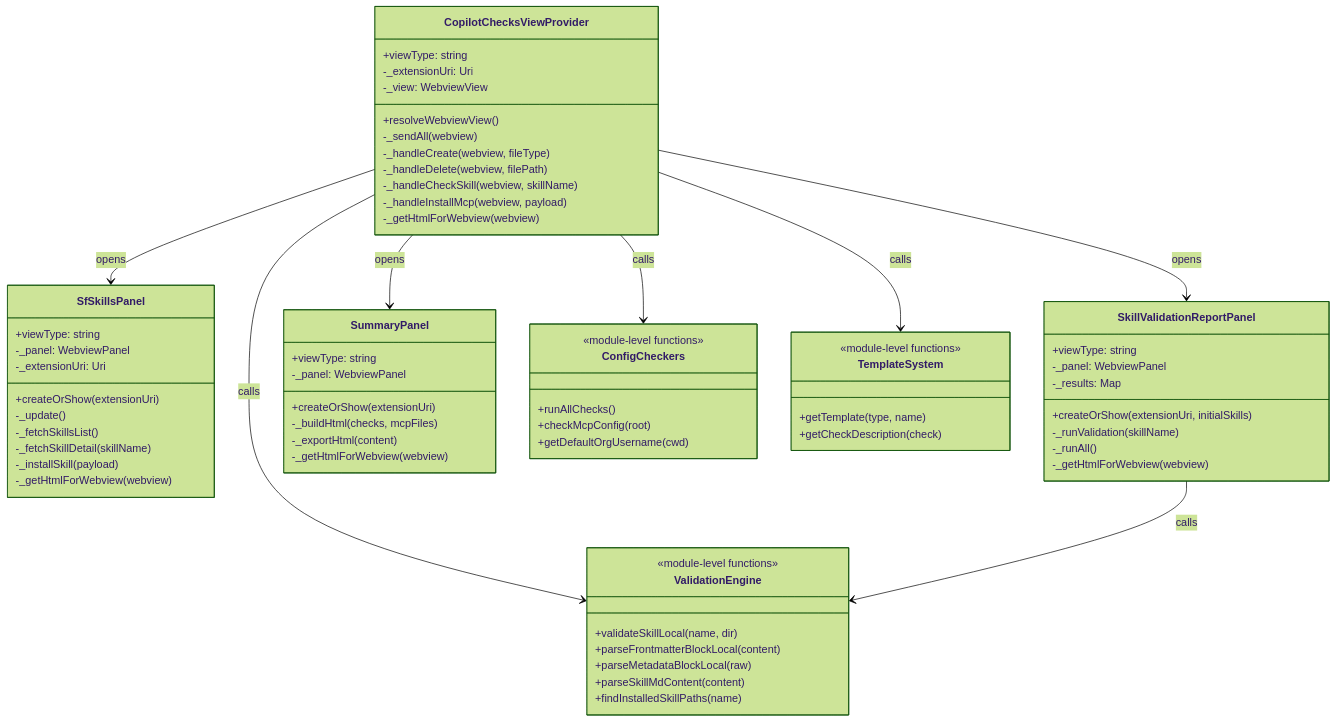
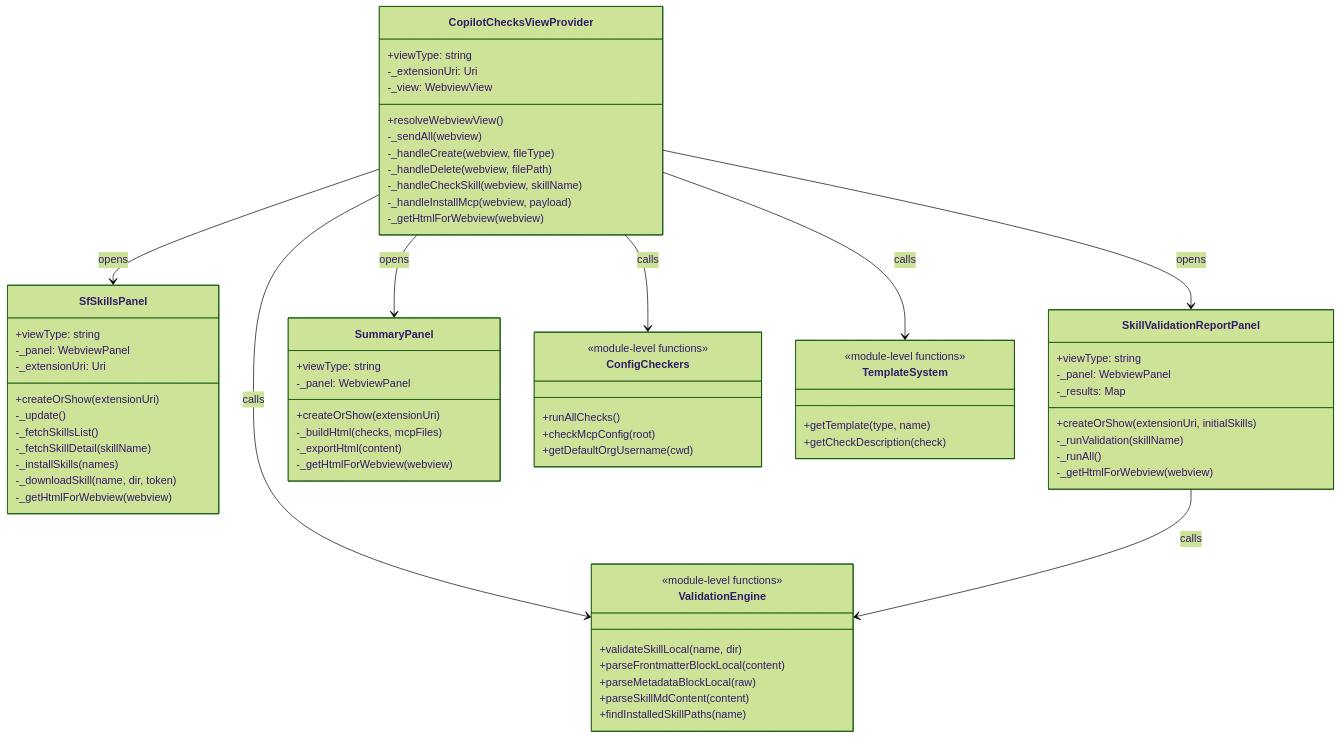
Before and after one commit to alcabon/salesforce-copilot-inspector: the third of 13 diagrams in SOFTWARE_ARCHITECTURE.md, drawn with Mermaid (forest theme). The commit also changed other lines of this file and 6 other files, not shown here.

First line of the commit message:
version 0.3.0 — Skill Usage Monitor, category help, skill install fixes

````diff
--- a/SOFTWARE_ARCHITECTURE.md
+++ b/SOFTWARE_ARCHITECTURE.md
@@ -141,76 +141,77 @@
 ```mermaid
 classDiagram
     class CopilotChecksViewProvider {
         +viewType: string
         -_extensionUri: Uri
         -_view: WebviewView
         +resolveWebviewView()
         -_sendAll(webview)
         -_handleCreate(webview, fileType)
         -_handleDelete(webview, filePath)
         -_handleCheckSkill(webview, skillName)
         -_handleInstallMcp(webview, payload)
         -_getHtmlForWebview(webview)
     }
 
     class SfSkillsPanel {
         +viewType: string
         -_panel: WebviewPanel
         -_extensionUri: Uri
         +createOrShow(extensionUri)
         -_update()
         -_fetchSkillsList()
         -_fetchSkillDetail(skillName)
-        -_installSkill(payload)
+        -_installSkills(names)
+        -_downloadSkill(name, dir, token)
         -_getHtmlForWebview(webview)
     }
 
     class SkillValidationReportPanel {
         +viewType: string
         -_panel: WebviewPanel
         -_results: Map
         +createOrShow(extensionUri, initialSkills)
         -_runValidation(skillName)
         -_runAll()
         -_getHtmlForWebview(webview)
     }
 
     class SummaryPanel {
         +viewType: string
         -_panel: WebviewPanel
         +createOrShow(extensionUri)
         -_buildHtml(checks, mcpFiles)
         -_exportHtml(content)
         -_getHtmlForWebview(webview)
     }
 
     class ValidationEngine {
         <<module-level functions>>
         +validateSkillLocal(name, dir)
         +parseFrontmatterBlockLocal(content)
         +parseMetadataBlockLocal(raw)
         +parseSkillMdContent(content)
         +findInstalledSkillPaths(name)
     }
 
     class ConfigCheckers {
         <<module-level functions>>
         +runAllChecks()
         +checkMcpConfig(root)
         +getDefaultOrgUsername(cwd)
     }
 
     class TemplateSystem {
         <<module-level functions>>
         +getTemplate(type, name)
         +getCheckDescription(check)
     }
 
     CopilotChecksViewProvider --> ValidationEngine : calls
     CopilotChecksViewProvider --> ConfigCheckers : calls
     CopilotChecksViewProvider --> TemplateSystem : calls
     CopilotChecksViewProvider --> SfSkillsPanel : opens
     CopilotChecksViewProvider --> SkillValidationReportPanel : opens
     CopilotChecksViewProvider --> SummaryPanel : opens
     SkillValidationReportPanel --> ValidationEngine : calls
 ```
````
